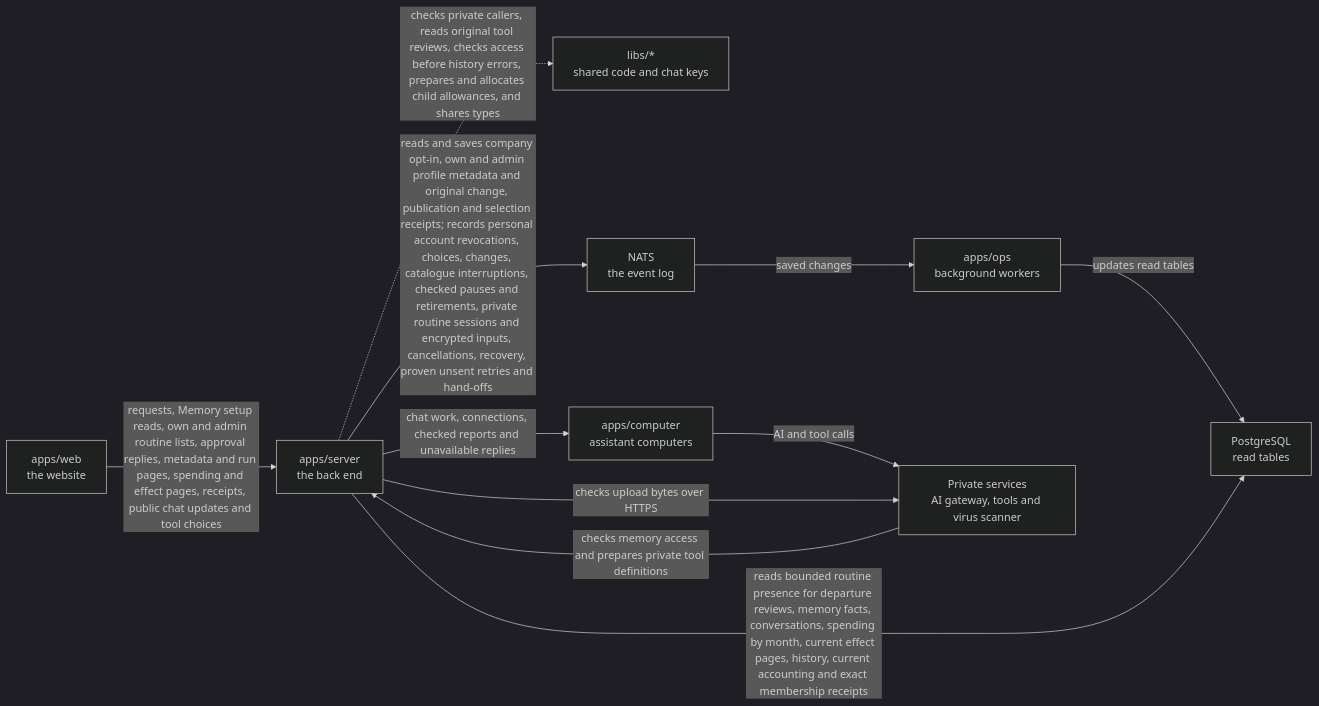
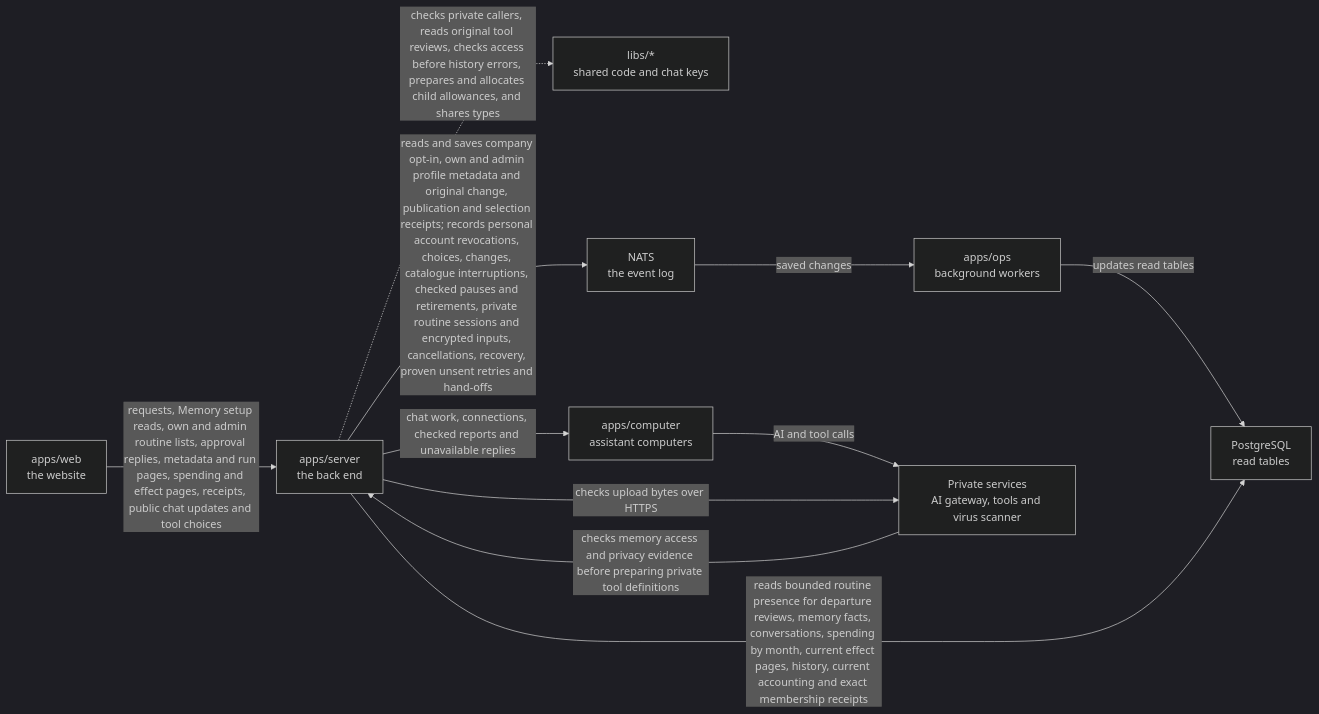
One commit to elewa-git/opencrane-new changed the diagram in apps/server/README.md. Above: the diagram before and after it, drawn with Mermaid (dark theme). The commit also changed other lines of this file and 4 other files, not shown here.

Commit message:
🔒 Require current privacy evidence for remember tool preparation

````diff
--- a/apps/server/README.md
+++ b/apps/server/README.md
@@ -92,13 +92,13 @@
 ```mermaid
 flowchart LR
   web["apps/web<br/>the website"] -->|requests, Memory setup reads, own and admin routine lists, approval replies, metadata and run pages, spending and effect pages, receipts, public chat updates and tool choices| server["apps/server<br/>the back end"]
   server -.->|checks private callers, reads original tool reviews, checks access before history errors, prepares and allocates child allowances, and shares types| libs["libs/*<br/>shared code and chat keys"]
   server -->|reads and saves company opt-in, own and admin profile metadata and original change, publication and selection receipts; records personal account revocations, choices, changes, catalogue interruptions, checked pauses and retirements, private routine sessions and encrypted inputs, cancellations, recovery, proven unsent retries and hand-offs| nats["NATS<br/>the event log"]
   nats -->|saved changes| ops["apps/ops<br/>background workers"]
   ops -->|updates read tables| postgres["PostgreSQL<br/>read tables"]
   server -->|reads bounded routine presence for departure reviews, memory facts, conversations, spending by month, current effect pages, history, current accounting and exact membership receipts| postgres
   server -->|chat work, connections, checked reports and unavailable replies| computer["apps/computer<br/>assistant computers"]
   computer -->|AI and tool calls| runtime["Private services<br/>AI gateway, tools and virus scanner"]
   server -->|checks upload bytes over HTTPS| runtime
-  runtime -->|checks memory access and prepares private tool definitions| server
+  runtime -->|checks memory access and privacy evidence before preparing private tool definitions| server
 ```
````
